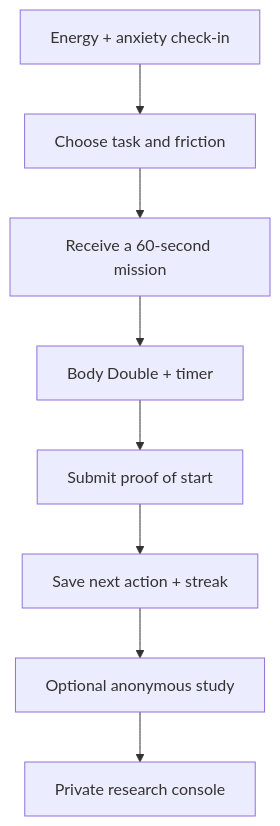
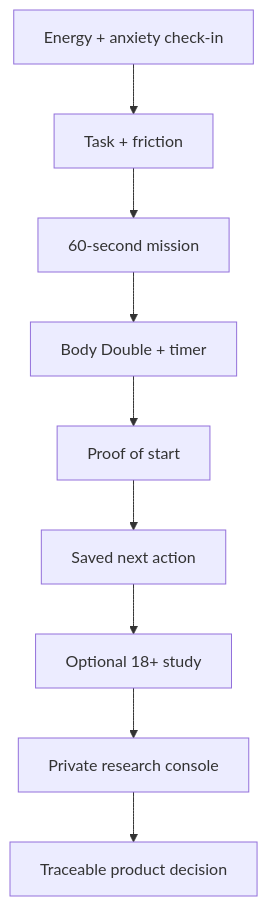
One commit to Cyberchopin/startnow-2 changed the diagram in README.md. Above: the diagram before and after it, drawn with Mermaid. The commit also changed other lines of this file and 16 other files, not shown here.

````diff
--- a/README.md
+++ b/README.md
@@ -28,10 +41,11 @@
 ```mermaid
 flowchart TD
-  A[Energy + anxiety check-in] --> B[Choose task and friction]
-  B --> C[Receive a 60-second mission]
+  A[Energy + anxiety check-in] --> B[Task + friction]
+  B --> C[60-second mission]
   C --> D[Body Double + timer]
-  D --> E[Submit proof of start]
-  E --> F[Save next action + streak]
-  F --> G[Optional anonymous study]
+  D --> E[Proof of start]
+  E --> F[Saved next action]
+  F --> G[Optional 18+ study]
   G --> H[Private research console]
+  H --> I[Traceable product decision]
 ```
````
